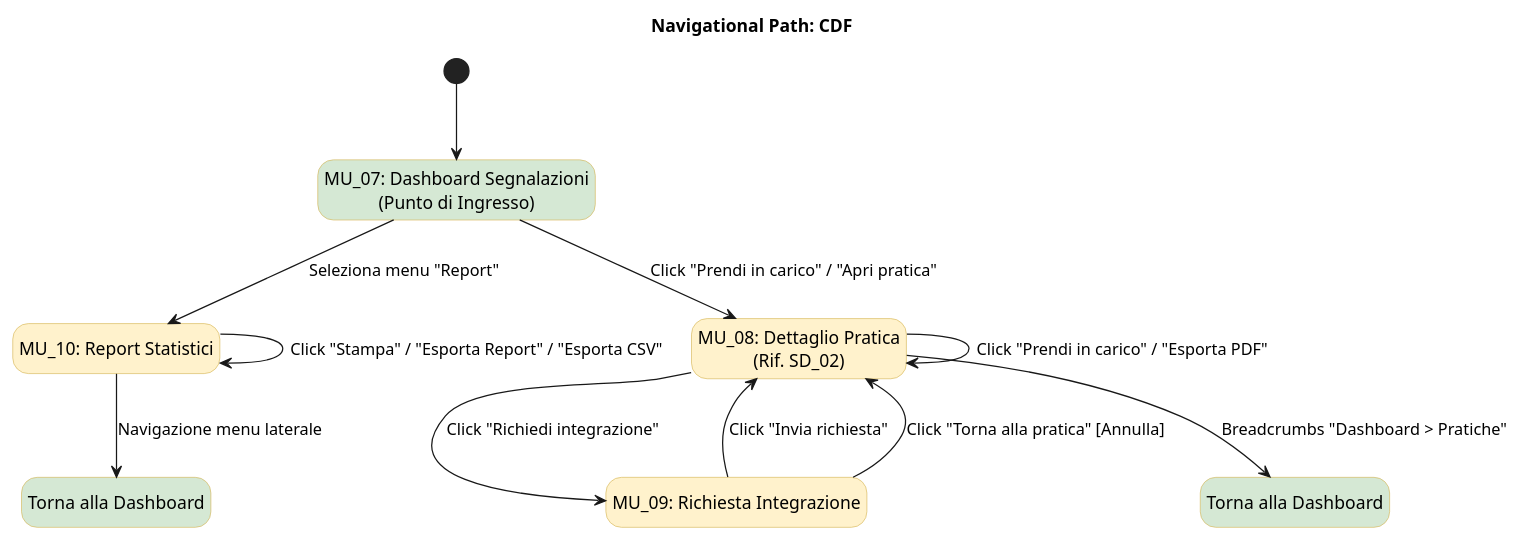
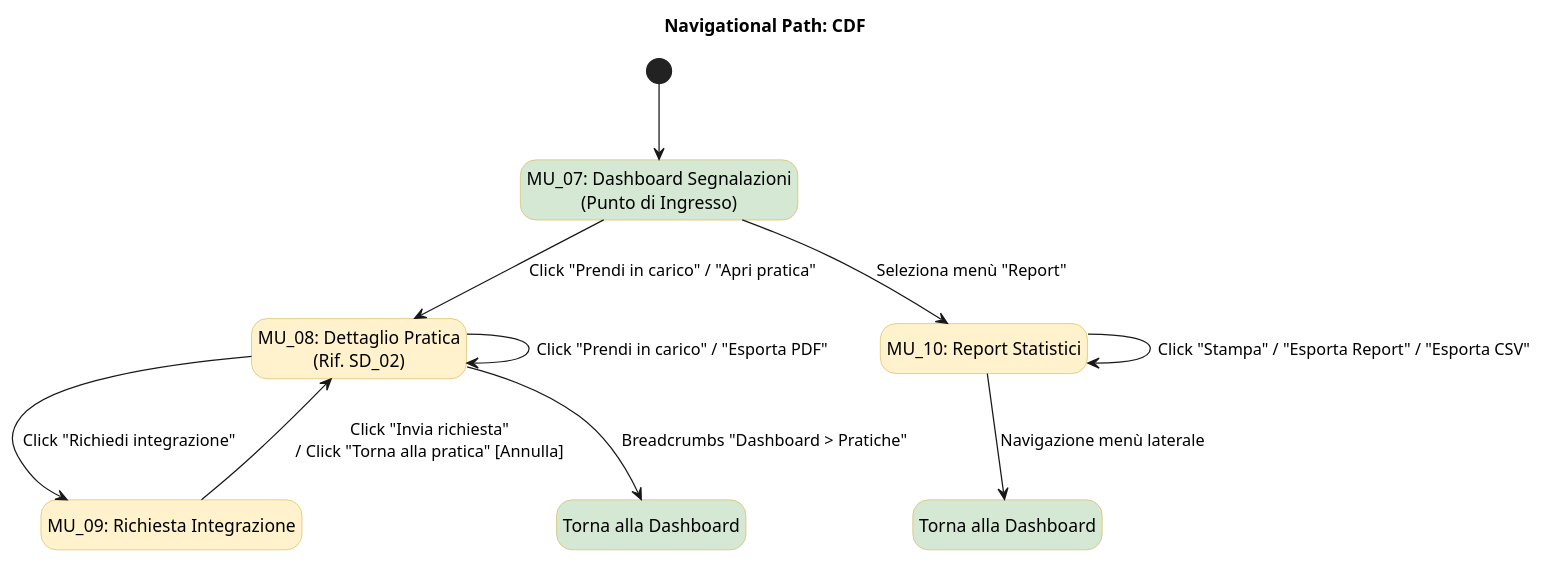
The diagram in docs/models/navigational/NP_02_CDF.puml (pharos-oss/pharos), drawn with PlantUML before and after one commit. The commit also changed 1 other file, not shown here.

```diff
--- a/docs/models/navigational/NP_02_CDF.puml
+++ b/docs/models/navigational/NP_02_CDF.puml
@@ -1,43 +1,42 @@
 @startuml NavigationalPath_CDF
 title Navigational Path: CDF
 hide empty description
 
 skinparam DefaultFontName Arial
 skinparam nodesep 50
 skinparam ranksep 60
 
 skinparam StateStartColor Black
 skinparam StateEndColor Black
 
 skinparam state {
     BackgroundColor #FFF2CC
     BorderColor #D6B656
 }
 
 state "MU_07: Dashboard Segnalazioni\n(Punto di Ingresso)" as Dashboard #D5E8D4
 
 state "MU_10: Report Statistici" as MU10
 state "MU_08: Dettaglio Pratica\n(Rif. SD_02)" as MU08
 state "MU_09: Richiesta Integrazione" as MU09
 
 state "Torna alla Dashboard" as R1 #D5E8D4
 state "Torna alla Dashboard" as R2 #D5E8D4
 
 [*] --> Dashboard
 
 ' --- FLUSSO REPORTISTICA ---
-Dashboard --> MU10 : Seleziona menu "Report"
+Dashboard --> MU10 : Seleziona menù "Report"
 MU10 --> MU10 : Click "Stampa" / "Esporta Report" / "Esporta CSV"
-MU10 --> R1 : Navigazione menu laterale
+MU10 --> R1 : Navigazione menù laterale
 
 ' --- FLUSSO GESTIONE SINGOLA PRATICA ---
 Dashboard --> MU08 : Click "Prendi in carico" / "Apri pratica"
 MU08 --> MU08 : Click "Prendi in carico" / "Esporta PDF"
 MU08 --> R2 : Breadcrumbs "Dashboard > Pratiche"
 
 ' --- RICHIESTA INTEGRAZIONI (Sotto-flusso) ---
-MU08 --> MU09 : Click "Richiedi integrazione"
-MU09 --> MU08 : Click "Invia richiesta"
-MU09 --> MU08 : Click "Torna alla pratica" [Annulla]
+MU08 -down-> MU09 : Click "Richiedi integrazione"
+MU09 -up-> MU08 : Click "Invia richiesta"\n/ Click "Torna alla pratica" [Annulla]
 
 @enduml
```
